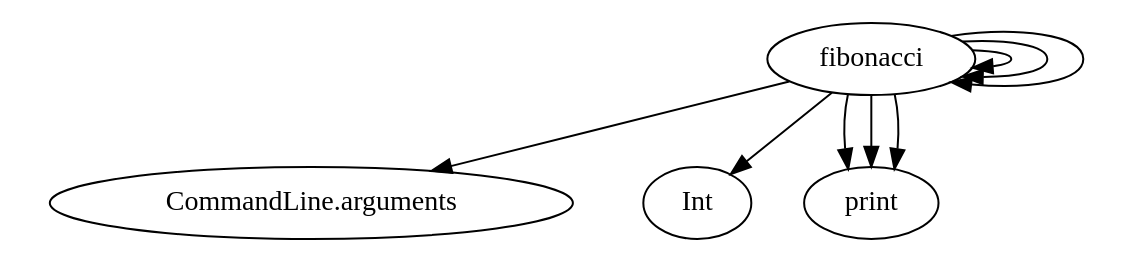
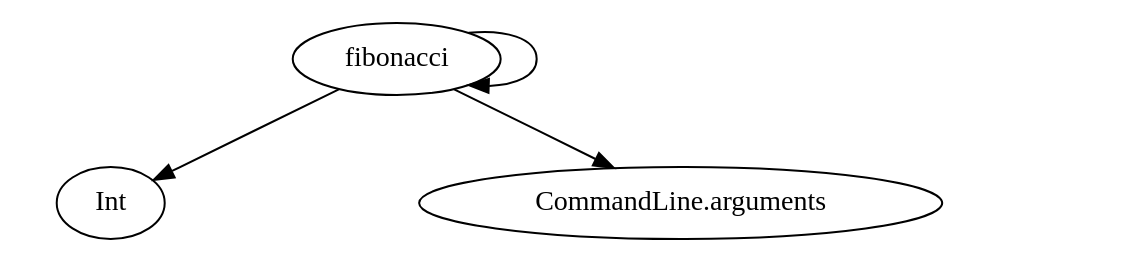
One commit to rudifa/sourcekitten-calltree changed the diagram in graphviz-output/calltree.gv. Above: the diagram before and after it, drawn with Graphviz. The commit also changed 2 other files, not shown here.

```diff
--- a/graphviz-output/calltree.gv
+++ b/graphviz-output/calltree.gv
@@ -1,13 +1,8 @@
 digraph {
 	graph [ratio=0.2]
 	size="20,12"
 	fibonacci [label=fibonacci rank=source]
-	fibonacci -> fibonacci [constraint=true]
-	fibonacci -> fibonacci [constraint=true]
-	fibonacci -> "CommandLine.arguments" [constraint=true]
-	fibonacci -> Int [constraint=true]
-	fibonacci -> print [constraint=true]
-	fibonacci -> fibonacci [constraint=true]
-	fibonacci -> print [constraint=true]
-	fibonacci -> print [constraint=true]
+	fibonacci -> fibonacci
+	fibonacci -> Int
+	fibonacci -> "CommandLine.arguments"
 }
```
